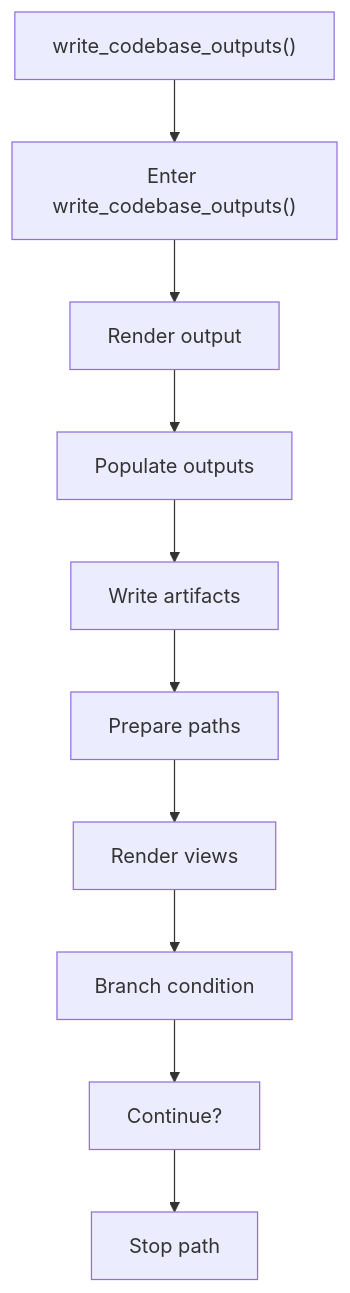
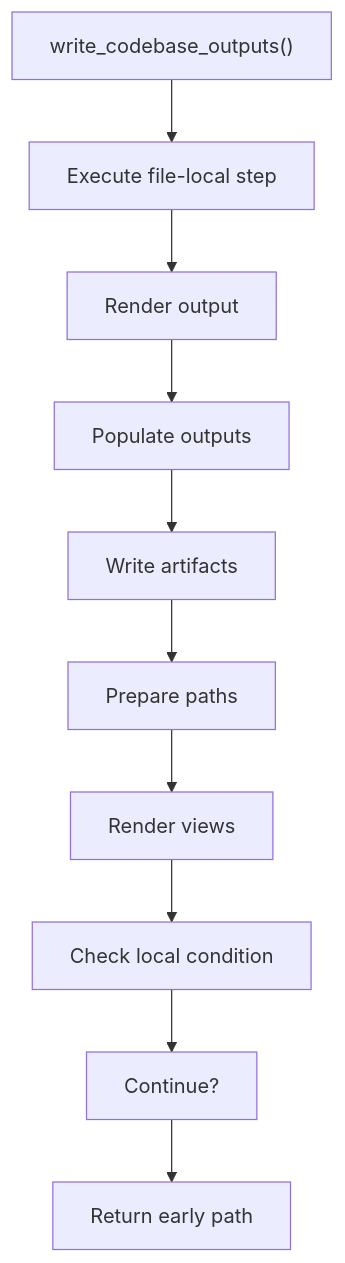
The ninth of 10 diagrams in docs/Codebase/Microservice/Modules/Source/OutputGeneration/Render/codebase_output_writer.cpp.md (JohnAndrewBalbarosa/NeoTerritory), drawn with Mermaid before and after one commit. The commit also changed other lines of this file and 915 other files, not shown here.

````diff
--- a/docs/Codebase/Microservice/Modules/Source/OutputGeneration/Render/codebase_output_writer.cpp.md
+++ b/docs/Codebase/Microservice/Modules/Source/OutputGeneration/Render/codebase_output_writer.cpp.md
@@ -286,22 +285,22 @@
 ```mermaid
 flowchart TD
     N0["write_codebase_outputs()"]
-    N1["Enter write_codebase_outputs()"]
+    N1["Execute file-local step"]
     N2["Render output"]
     N3["Populate outputs"]
     N4["Write artifacts"]
     N5["Prepare paths"]
     N6["Render views"]
-    N7["Branch condition"]
+    N7["Check local condition"]
     N8["Continue?"]
-    N9["Stop path"]
+    N9["Return early path"]
     N0 --> N1
     N1 --> N2
     N2 --> N3
     N3 --> N4
     N4 --> N5
     N5 --> N6
     N6 --> N7
     N7 --> N8
     N8 --> N9
 ```
````
